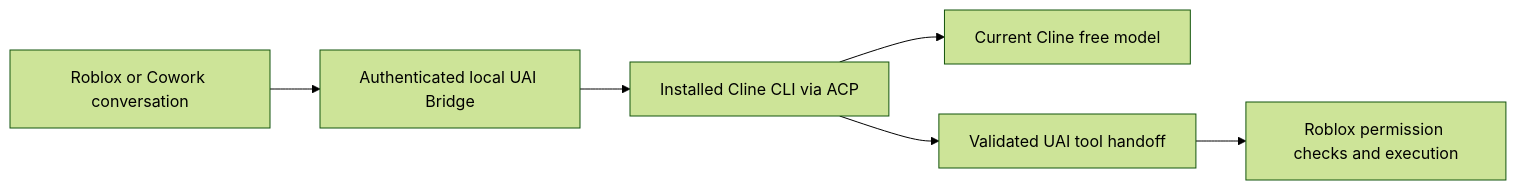
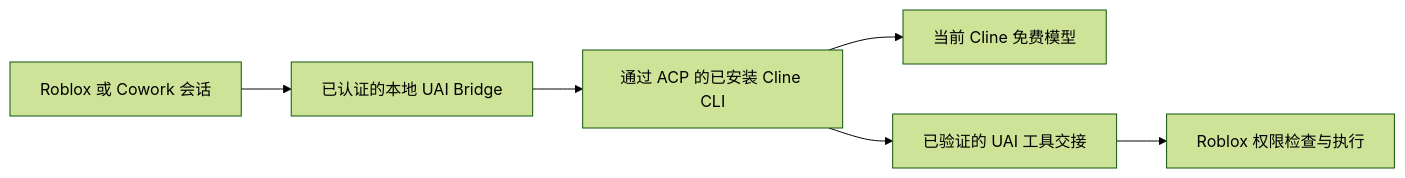
One commit to Neko-Arko/ProjectUAI changed the diagram in docs/CLINE_TUNNEL.md. Above: the diagram before and after it, drawn with Mermaid (forest theme). The commit also changed other lines of this file and 11 other files, not shown here.

````diff
--- a/docs/CLINE_TUNNEL.md
+++ b/docs/CLINE_TUNNEL.md
@@ -56,8 +56,8 @@
 ```mermaid
 flowchart LR
-    U[Roblox or Cowork conversation] --> B[Authenticated local UAI Bridge]
-    B --> C[Installed Cline CLI via ACP]
-    C --> F[Current Cline free model]
-    C --> H[Validated UAI tool handoff]
-    H --> R[Roblox permission checks and execution]
+    U[Roblox 或 Cowork 会话] --> B[已认证的本地 UAI Bridge]
+    B --> C[通过 ACP 的已安装 Cline CLI]
+    C --> F[当前 Cline 免费模型]
+    C --> H[已验证的 UAI 工具交接]
+    H --> R[Roblox 权限检查与执行]
 ```
````
